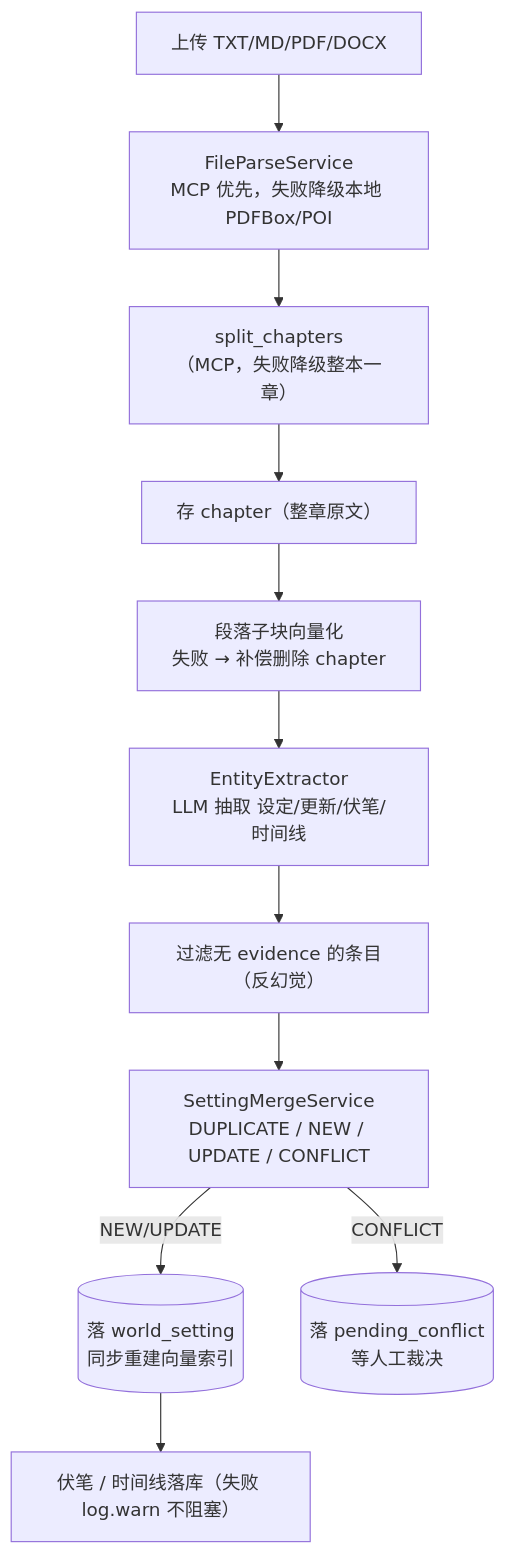
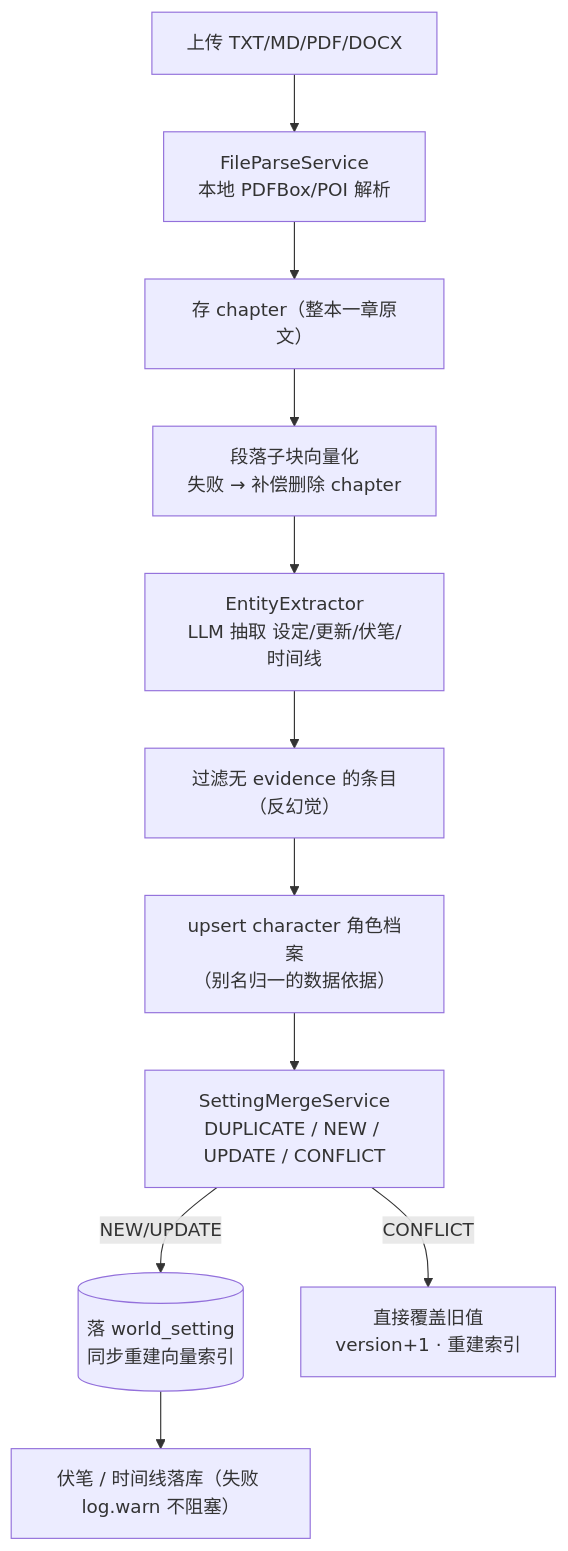
The fifth of 6 diagrams in README.md (B9lair/LoreKeeper), drawn with Mermaid before and after one commit. The commit also changed other lines of this file and 77 other files, not shown here.

````diff
--- a/README.md
+++ b/README.md
@@ -196,13 +183,13 @@
 ```mermaid
 flowchart TB
-    F["上传 TXT/MD/PDF/DOCX"] --> P["FileParseService<br/>MCP 优先，失败降级本地 PDFBox/POI"]
-    P --> S["split_chapters<br/>（MCP，失败降级整本一章）"]
-    S --> CH["存 chapter（整章原文）"]
+    F["上传 TXT/MD/PDF/DOCX"] --> P["FileParseService<br/>本地 PDFBox/POI 解析"]
+    P --> CH["存 chapter（整本一章原文）"]
     CH --> VC["段落子块向量化<br/>失败 → 补偿删除 chapter"]
     VC --> EX["EntityExtractor<br/>LLM 抽取 设定/更新/伏笔/时间线"]
     EX --> FE["过滤无 evidence 的条目（反幻觉）"]
-    FE --> MG["SettingMergeService<br/>DUPLICATE / NEW / UPDATE / CONFLICT"]
+    FE --> CHR["upsert character 角色档案<br/>（别名归一的数据依据）"]
+    CHR --> MG["SettingMergeService<br/>DUPLICATE / NEW / UPDATE / CONFLICT"]
     MG -->|NEW/UPDATE| DB[("落 world_setting<br/>同步重建向量索引")]
-    MG -->|CONFLICT| PC[("落 pending_conflict<br/>等人工裁决")]
+    MG -->|CONFLICT| OV["直接覆盖旧值<br/>version+1 · 重建索引"]
     DB --> FS["伏笔 / 时间线落库（失败 log.warn 不阻塞）"]
 ```
````
